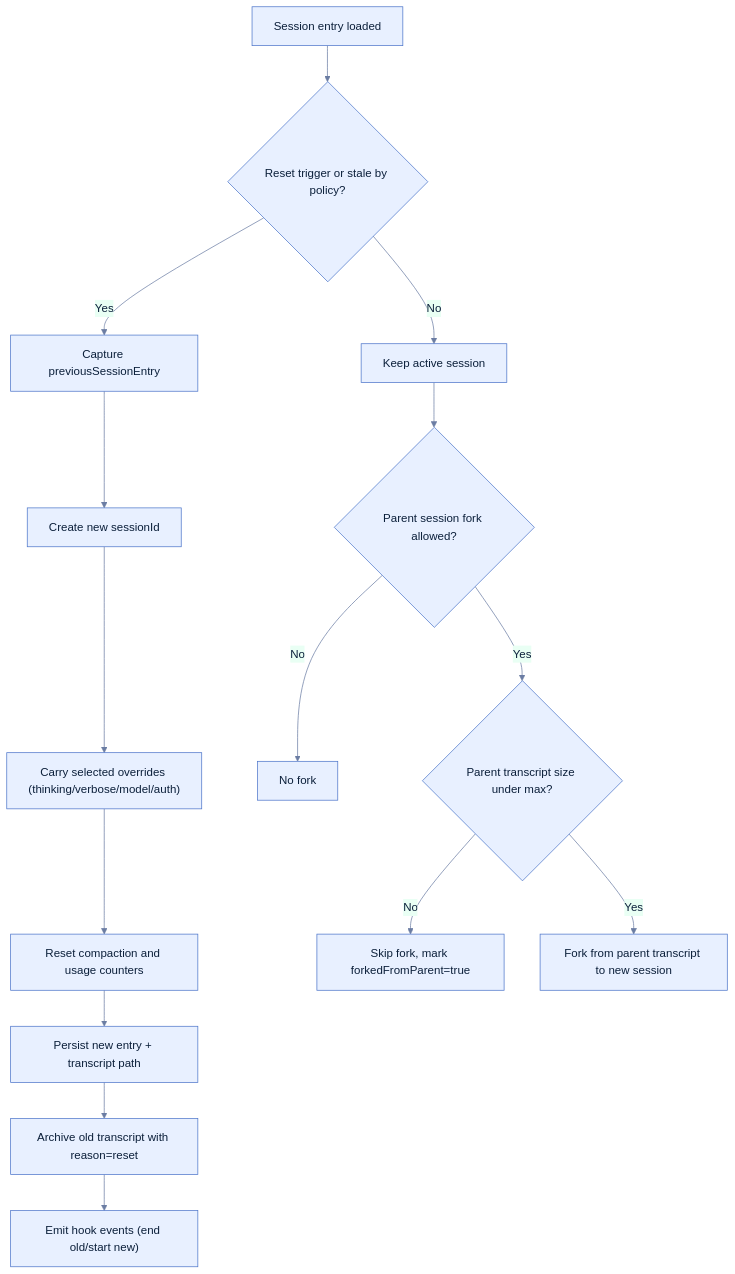
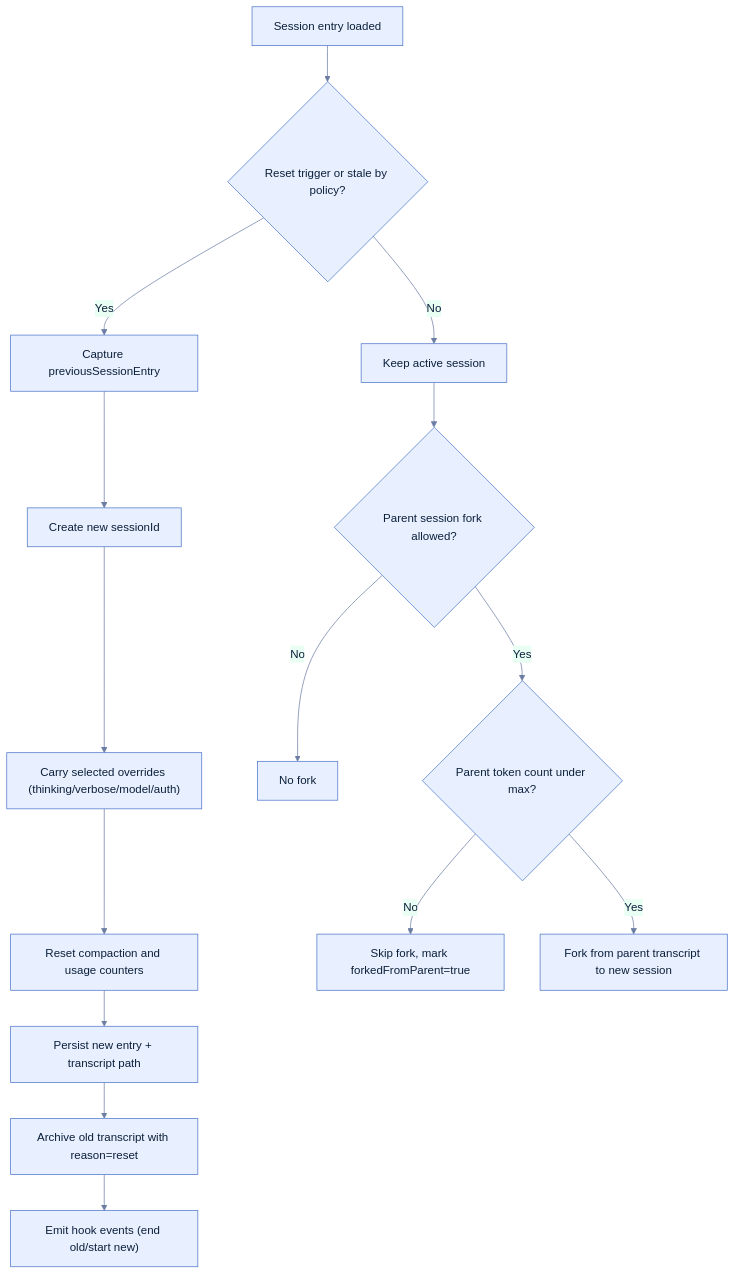
Before and after one commit to louisdevzz/foxfang: the second of 3 diagrams in docs/architecture/session-runtime.md, drawn with Mermaid. The commit also changed 54 other files, not shown here.

````diff
--- a/docs/architecture/session-runtime.md
+++ b/docs/architecture/session-runtime.md
@@ -45,19 +45,19 @@
 ```mermaid
 %%{init: {'theme':'base','themeVariables': {'primaryColor':'#E8F0FF','primaryTextColor':'#0B1F3A','primaryBorderColor':'#4B74C9','lineColor':'#6B7DA3','secondaryColor':'#E9FFF4','tertiaryColor':'#FFF4E6','fontFamily':'Inter, system-ui, sans-serif'}}}%%
 flowchart TD
     R0["Session entry loaded"] --> R1{"Reset trigger or stale by policy?"}
     R1 -- "No" --> R2["Keep active session"]
     R1 -- "Yes" --> R3["Capture previousSessionEntry"]
     R3 --> R4["Create new sessionId"]
     R4 --> R5["Carry selected overrides (thinking/verbose/model/auth)"]
     R5 --> R6["Reset compaction and usage counters"]
     R6 --> R7["Persist new entry + transcript path"]
     R7 --> R8["Archive old transcript with reason=reset"]
     R8 --> R9["Emit hook events (end old/start new)"]
 
     R2 --> F0{"Parent session fork allowed?"}
     F0 -- "No" --> F1["No fork"]
-    F0 -- "Yes" --> F2{"Parent transcript size under max?"}
+    F0 -- "Yes" --> F2{"Parent token count under max?"}
     F2 -- "No" --> F3["Skip fork, mark forkedFromParent=true"]
     F2 -- "Yes" --> F4["Fork from parent transcript to new session"]
 ```
````
